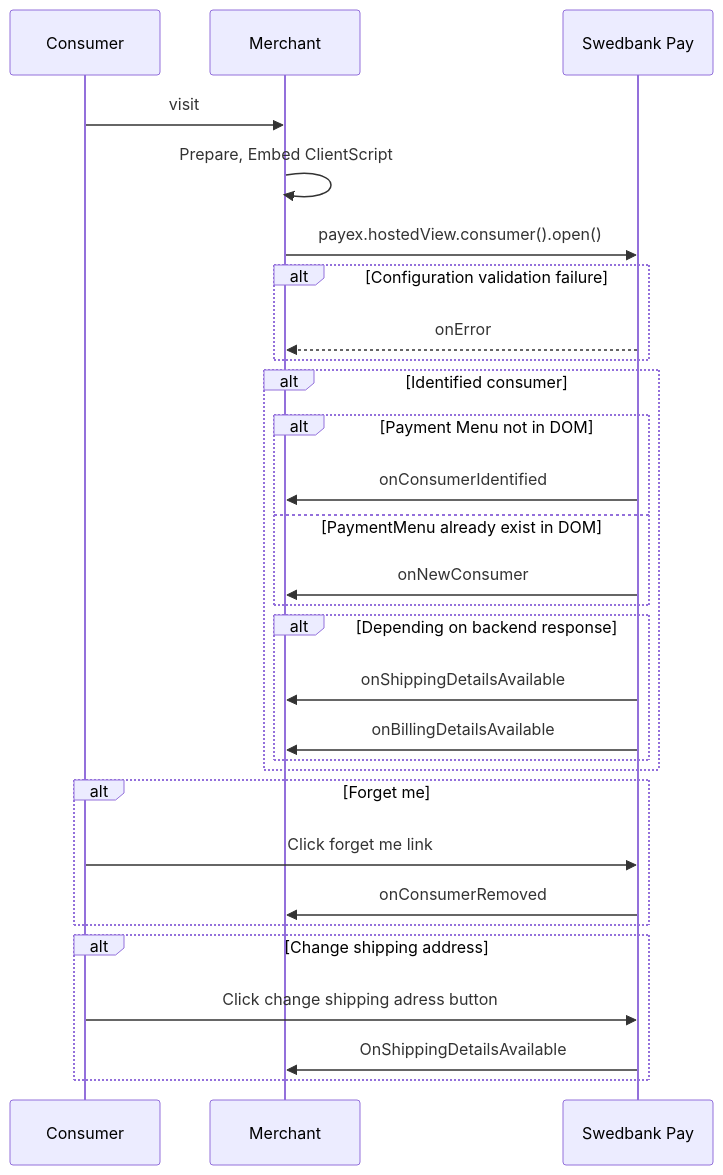
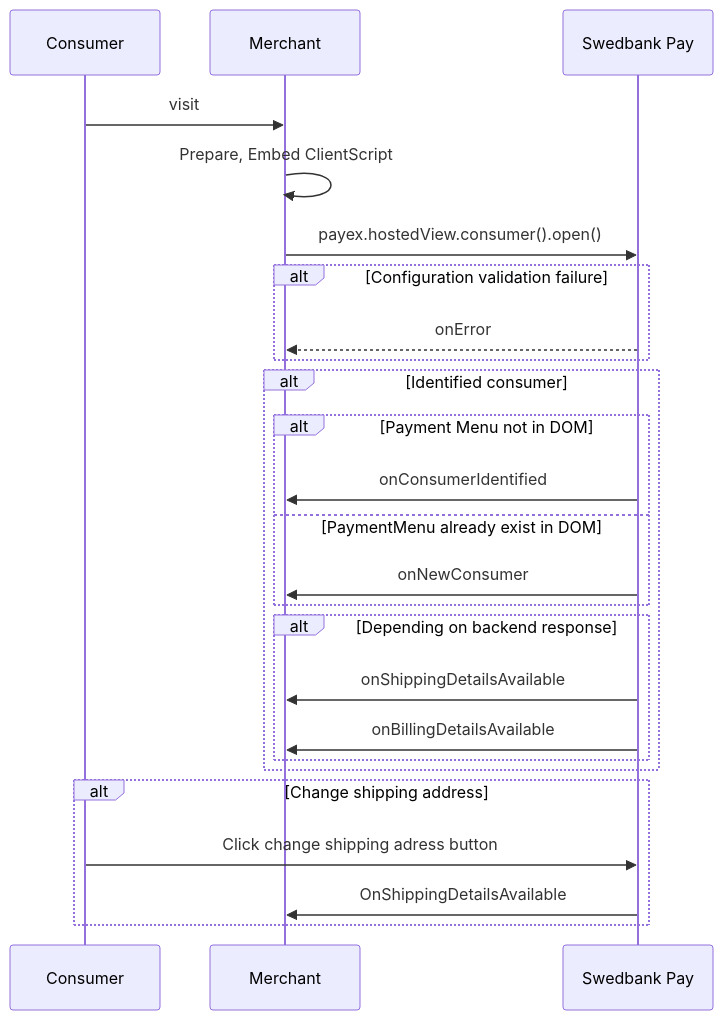
Before and after one commit to SwedbankPay/developer.swedbankpay.com: the first of 2 diagrams in checkout/other-features.md, drawn with Mermaid. The commit also changed other lines of this file, not shown here.

````diff
--- a/checkout/other-features.md
+++ b/checkout/other-features.md
@@ -438,37 +443,32 @@
 ```mermaid
 sequenceDiagram
   participant Consumer
   participant Merchant
   participant SwedbankPay as Swedbank Pay
 
   Consumer ->> Merchant: visit
   Merchant ->> Merchant: Prepare, Embed ClientScript
   Merchant ->> SwedbankPay: payex.hostedView.consumer().open()
 
   alt Configuration validation failure
     SwedbankPay -->> Merchant: onError
   end
 
   alt Identified consumer
       alt Payment Menu not in DOM
         SwedbankPay->>Merchant: onConsumerIdentified
       else PaymentMenu already exist in DOM
         SwedbankPay->>Merchant: onNewConsumer
       end
 
       alt Depending on backend response
         SwedbankPay->>Merchant: onShippingDetailsAvailable
         SwedbankPay->>Merchant: onBillingDetailsAvailable
       end
   end
 
-  alt Forget me
-    Consumer->>SwedbankPay: Click forget me link
-    SwedbankPay->>Merchant: onConsumerRemoved
-  end
-
   alt Change shipping address
     Consumer->>SwedbankPay: Click change shipping adress button
     SwedbankPay->>Merchant: OnShippingDetailsAvailable
   end
 ```
````
